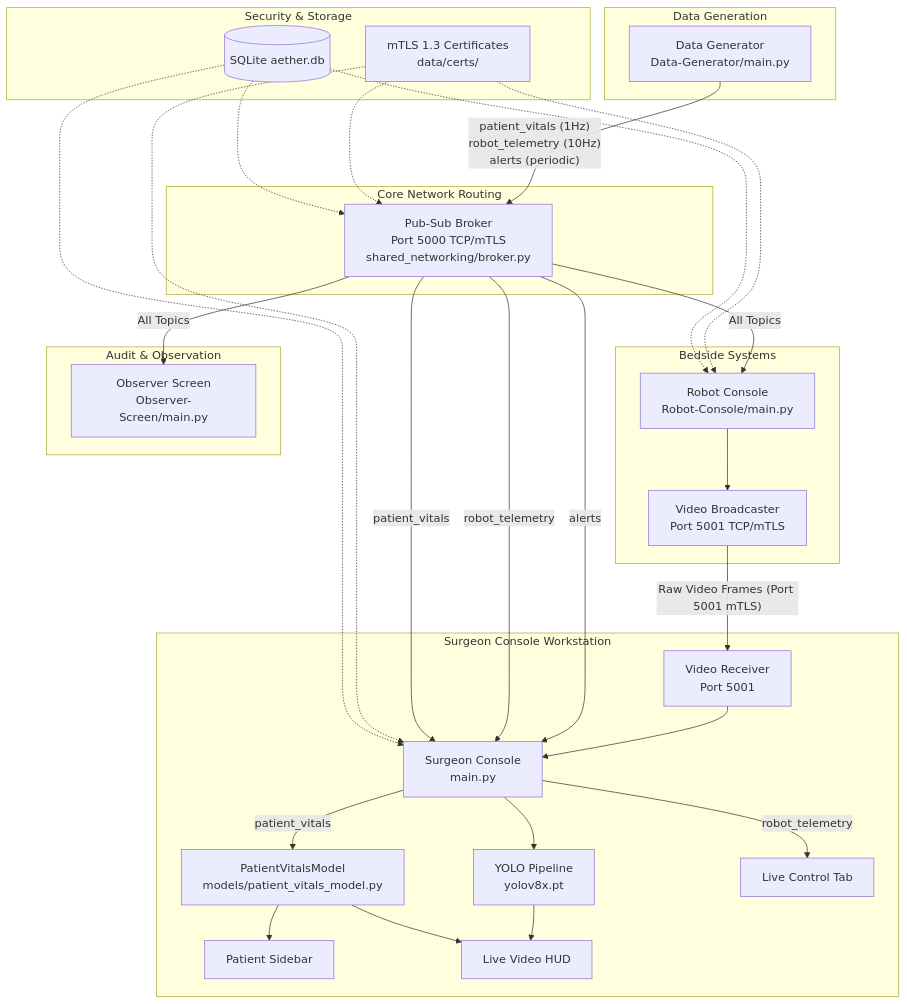
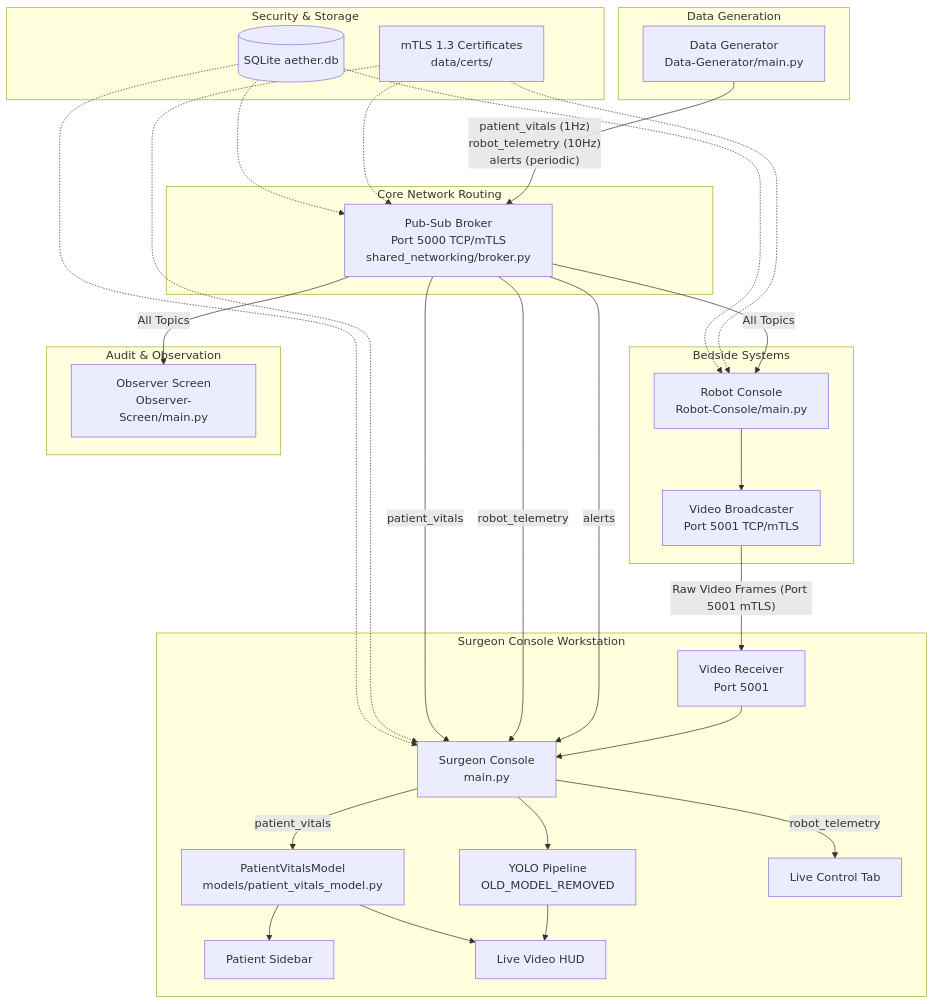
The diagram in AETHER_COMPLETE_PROJECT_DIAGNOSTIC.md (medtechcoe-resources/Surgeon-Linux-windows), drawn with Mermaid before and after one commit. The commit also changed other lines of this file and 14 other files, not shown here.

Commit message:
Update Aether console and replace surgical YOLO model

````diff
--- a/AETHER_COMPLETE_PROJECT_DIAGNOSTIC.md
+++ b/AETHER_COMPLETE_PROJECT_DIAGNOSTIC.md
@@ -178,63 +178,63 @@
 ```mermaid
 graph TD
     subgraph Data Generation
         DG[Data Generator<br/>Data-Generator/main.py]
     end
 
     subgraph Security & Storage
         DB[(SQLite aether.db)]
         CERTS[mTLS 1.3 Certificates<br/>data/certs/]
     end
 
     subgraph Core Network Routing
         BROKER[Pub-Sub Broker<br/>Port 5000 TCP/mTLS<br/>shared_networking/broker.py]
     end
 
     subgraph Bedside Systems
         RC[Robot Console<br/>Robot-Console/main.py]
         VB[Video Broadcaster<br/>Port 5001 TCP/mTLS]
     end
 
     subgraph Surgeon Console Workstation
         SC[Surgeon Console<br/>main.py]
         VR[Video Receiver<br/>Port 5001]
         PVM[PatientVitalsModel<br/>models/patient_vitals_model.py]
-        YOLO[YOLO Pipeline<br/>yolov8x.pt]
+        YOLO[YOLO Pipeline<br/>OLD_MODEL_REMOVED]
         PS[Patient Sidebar]
         HUD[Live Video HUD]
         LC[Live Control Tab]
     end
 
     subgraph Audit & Observation
         OBS[Observer Screen<br/>Observer-Screen/main.py]
     end
 
     %% Security bindings
     DB -.-> BROKER
     DB -.-> SC
     DB -.-> RC
     CERTS -.-> BROKER
     CERTS -.-> SC
     CERTS -.-> RC
 
     %% Telemetry & Vitals Pub-Sub
     DG -- "patient_vitals (1Hz)<br/>robot_telemetry (10Hz)<br/>alerts (periodic)" --> BROKER
     BROKER -- "patient_vitals" --> SC
     BROKER -- "robot_telemetry" --> SC
     BROKER -- "alerts" --> SC
     BROKER -- "All Topics" --> OBS
     BROKER -- "All Topics" --> RC
 
     %% Internal Surgeon Console Routing
     SC -- "patient_vitals" --> PVM
     PVM --> PS
     PVM --> HUD
     SC -- "robot_telemetry" --> LC
 
     %% Video Stream
     RC --> VB
     VB -- "Raw Video Frames (Port 5001 mTLS)" --> VR
     VR --> SC
     SC --> YOLO
     YOLO --> HUD
 ```
````
